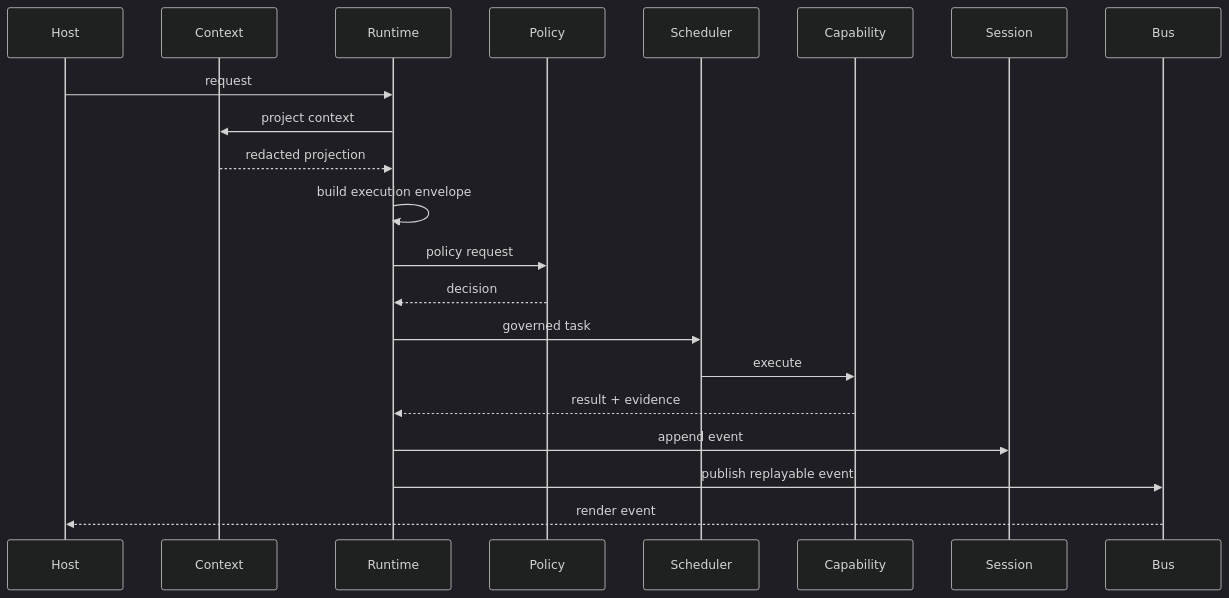
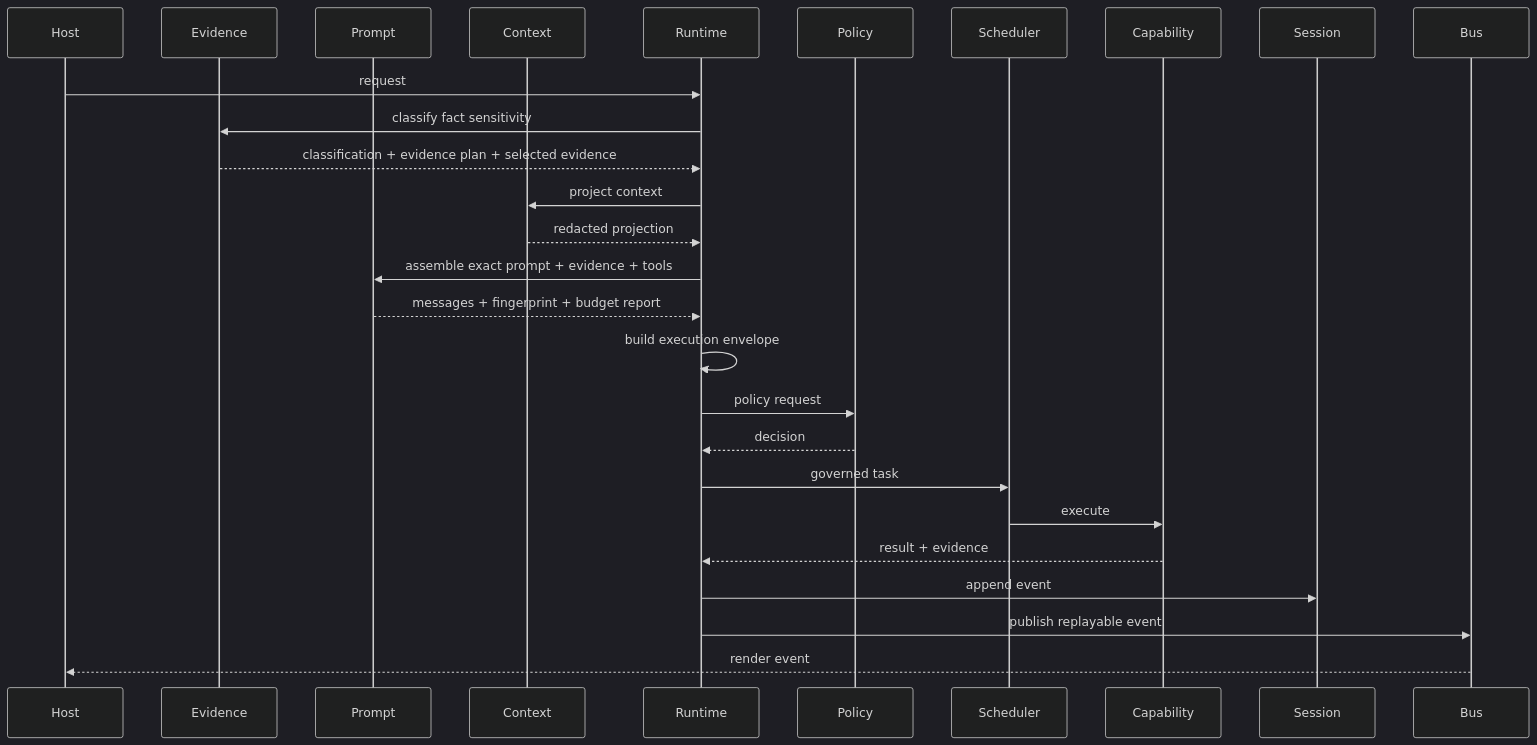
One commit to ankye/deepseek-cli changed the diagram in docs/architecture/execution-model.md. Above: the diagram before and after it, drawn with Mermaid (dark theme). The commit also changed other lines of this file and 54 other files, not shown here.

````diff
--- a/docs/architecture/execution-model.md
+++ b/docs/architecture/execution-model.md
@@ -9,24 +9,30 @@
 ```mermaid
 sequenceDiagram
   participant Host
+  participant Evidence
+  participant Prompt
   participant Context
   participant Runtime
   participant Policy
   participant Scheduler
   participant Capability
   participant Session
   participant Bus
 
   Host->>Runtime: request
+  Runtime->>Evidence: classify fact sensitivity
+  Evidence-->>Runtime: classification + evidence plan + selected evidence
   Runtime->>Context: project context
   Context-->>Runtime: redacted projection
+  Runtime->>Prompt: assemble exact prompt + evidence + tools
+  Prompt-->>Runtime: messages + fingerprint + budget report
   Runtime->>Runtime: build execution envelope
   Runtime->>Policy: policy request
   Policy-->>Runtime: decision
   Runtime->>Scheduler: governed task
   Scheduler->>Capability: execute
   Capability-->>Runtime: result + evidence
   Runtime->>Session: append event
   Runtime->>Bus: publish replayable event
   Bus-->>Host: render event
 ```
````
